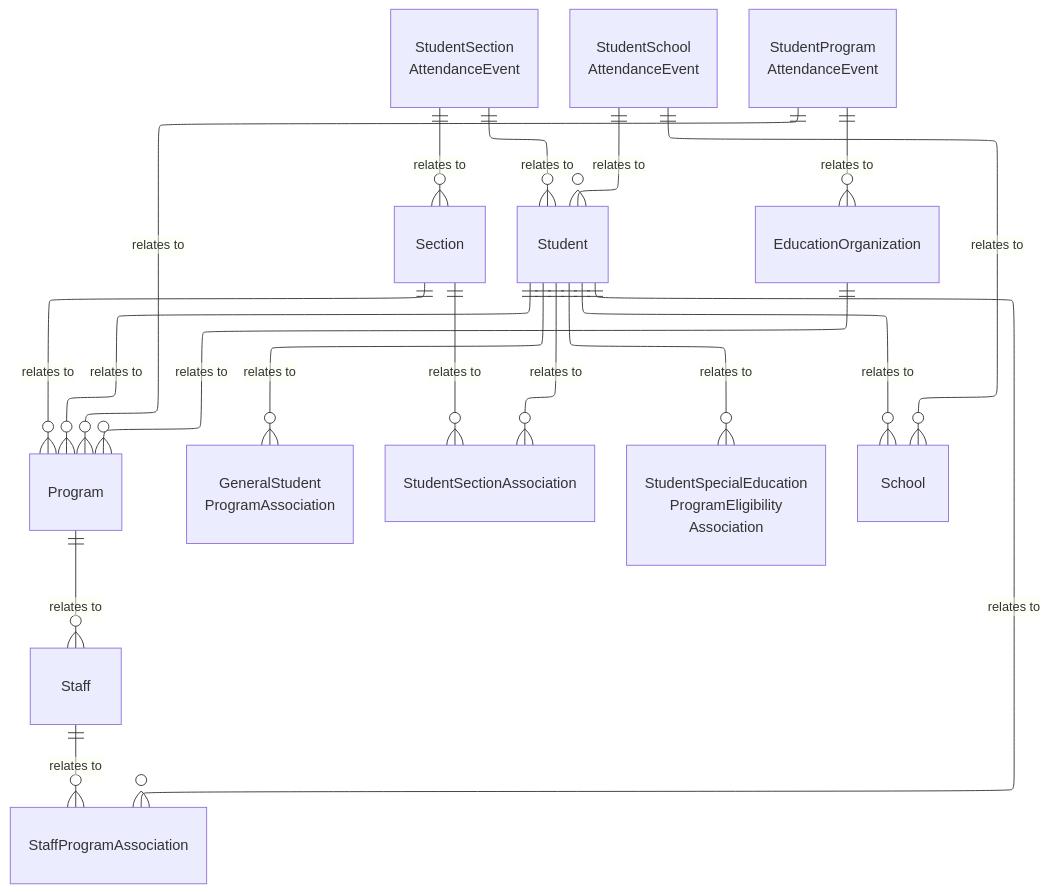
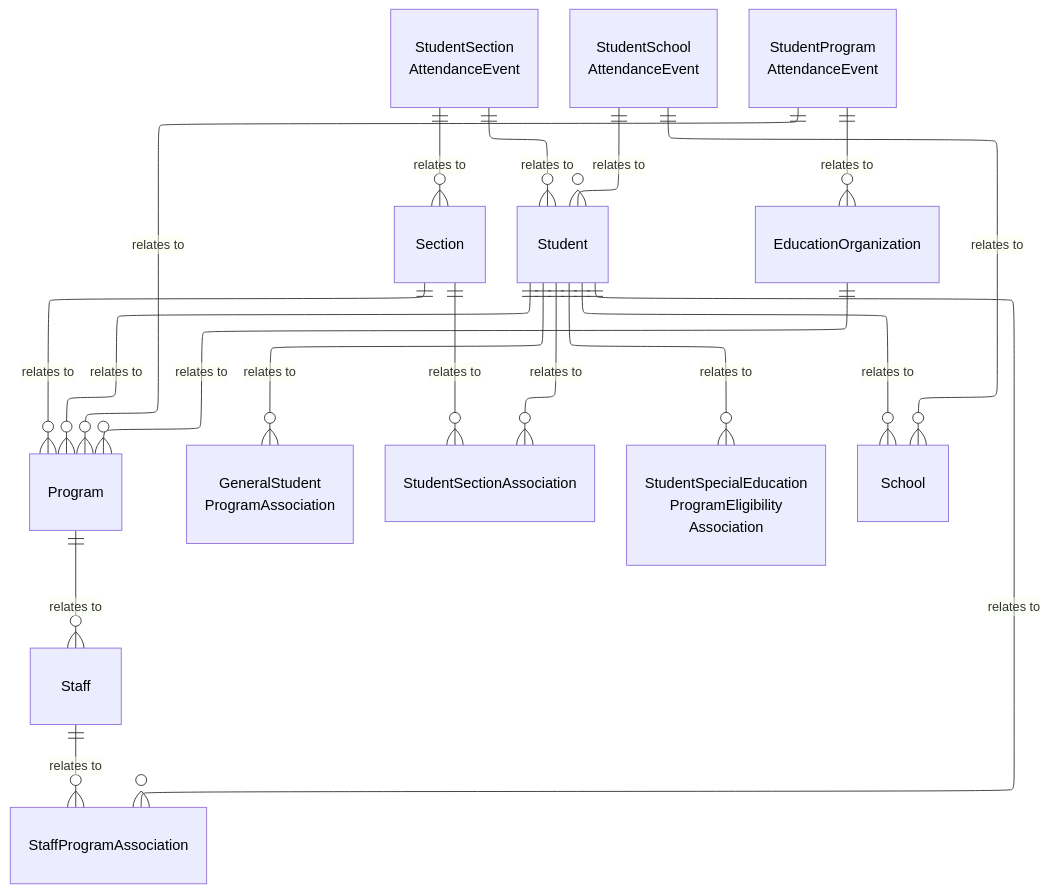
The first of 2 diagrams in dataStandard_versioned_docs/version-6/model-reference/alternative-and-supplemental-services-domain/model-diagrams.md (Ed-Fi-Alliance-OSS/ed-fi-alliance-oss.github.io), drawn with Mermaid before and after one commit. The commit also changed other lines of this file and 24 other files, not shown here.

````diff
--- a/dataStandard_versioned_docs/version-6/model-reference/alternative-and-supplemental-services-domain/model-diagrams.md
+++ b/dataStandard_versioned_docs/version-6/model-reference/alternative-and-supplemental-services-domain/model-diagrams.md
@@ -13,53 +13,63 @@
 ```mermaid
 ---
-
 config:
   layout: elk
 ---
-
 erDiagram
-
     Program {
     }
     Staff {
     }
-    GeneralStudentProgramAssociation["GeneralStudent<br/>ProgramAssociation"] {
+    GeneralStudentProgramAssociation["GeneralStudent<br/>ProgramAssociation"]  {
     }
     StaffProgramAssociation {
     }
     Section {
     }
     StudentSectionAssociation {
     }
     Student {
     }
     EducationOrganization {
     }
     StudentSectionAttendanceEvent["StudentSection<br/>AttendanceEvent"] {
     }
     StudentSchoolAttendanceEvent["StudentSchool<br/>AttendanceEvent"] {
     }
     StudentProgramAttendanceEvent["StudentProgram<br/>AttendanceEvent"] {
     }
     StudentSpecialEducationProgramEligibilityAssociation["StudentSpecialEducation<br/>ProgramEligibility<br/>Association"] {
     }
     School {
     }
     EducationOrganization ||--o{ Program : "relates to"
     Student ||--o{ Program : "relates to"
     Program ||--o{ Staff : "relates to"
     Section ||--o{ Program : "relates to"
     Student ||--o{ School : "relates to"
     Student ||--o{ GeneralStudentProgramAssociation : "relates to"
     Student ||--o{ StaffProgramAssociation : "relates to"
     Staff ||--o{ StaffProgramAssociation : "relates to"
     Student ||--o{ StudentSectionAssociation : "relates to"
     Section ||--o{ StudentSectionAssociation : "relates to"
     Student ||--o{ StudentSpecialEducationProgramEligibilityAssociation : "relates to"
     StudentSectionAttendanceEvent ||--o{ Student : "relates to"
     StudentSectionAttendanceEvent ||--o{ Section : "relates to"
     StudentSchoolAttendanceEvent ||--o{ School : "relates to"
     StudentSchoolAttendanceEvent ||--o{ Student : "relates to"
     StudentProgramAttendanceEvent ||--o{ EducationOrganization : "relates to"
     StudentProgramAttendanceEvent ||--o{ Program : "relates to"
+    style Program color:#000000
+    style Staff color:#000000
+    style GeneralStudentProgramAssociation color:#000000
+    style StaffProgramAssociation color:#000000
+    style Section color:#000000
+    style StudentSectionAssociation color:#000000
+    style Student color:#000000
+    style EducationOrganization color:#000000
+    style StudentSectionAttendanceEvent color:#000000
+    style StudentSchoolAttendanceEvent color:#000000
+    style StudentProgramAttendanceEvent color:#000000
+    style StudentSpecialEducationProgramEligibilityAssociation color:#000000
+    style School color:#000000
 ```
````
